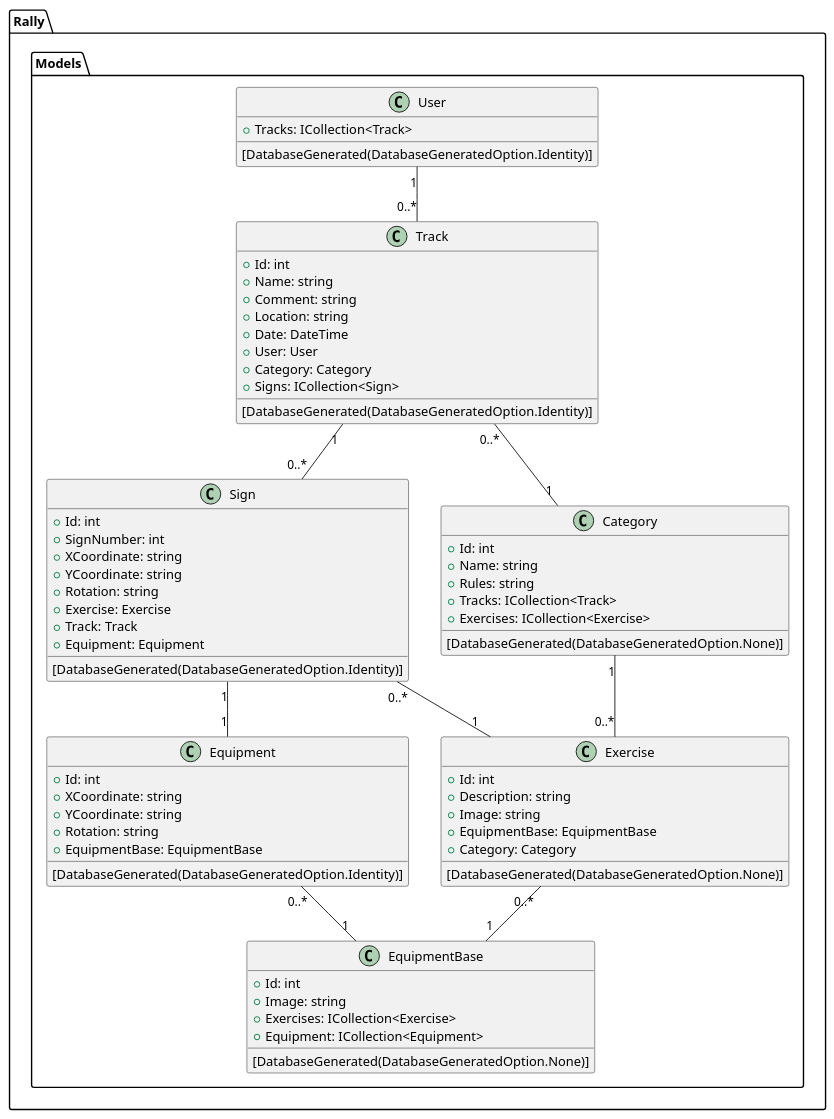
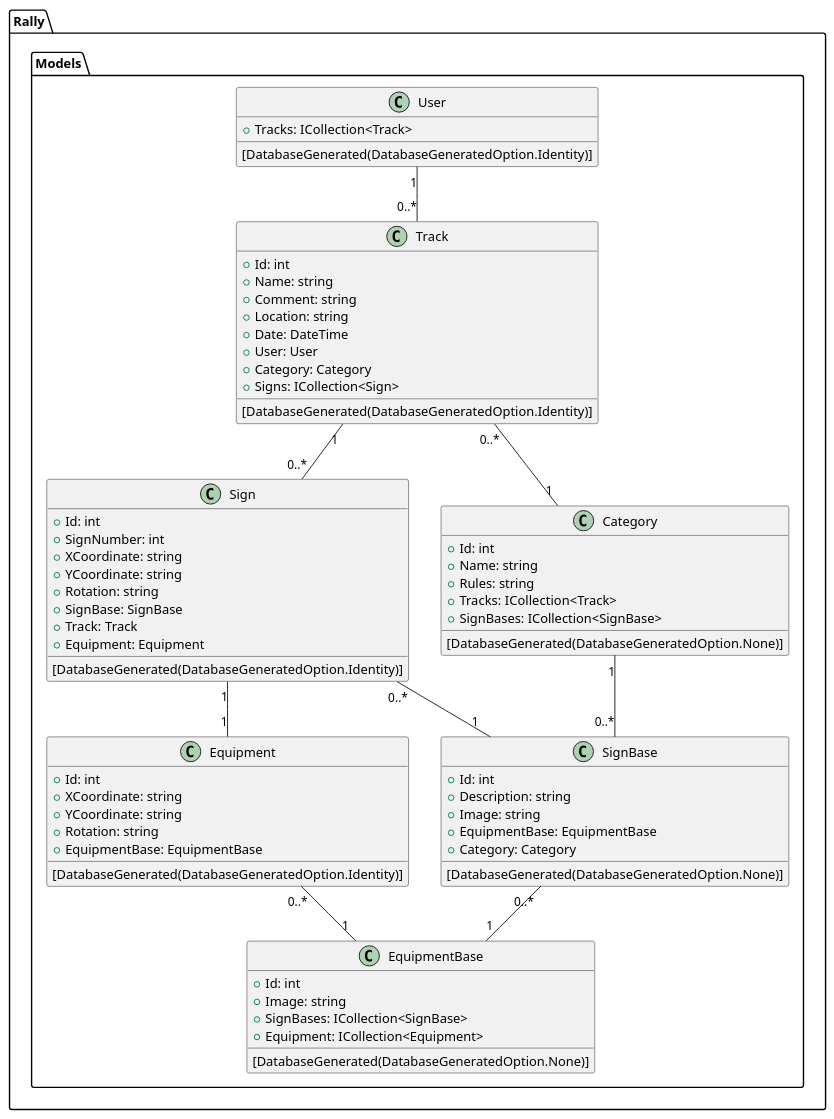
The diagram in Dodumentation/DSD_Models.wsd (DMOoF23-Team7-CAT/Project-Team7-Semester3), drawn with PlantUML before and after one commit. The commit also changed 32 other files, not shown here.

Commit message:
Refactor naming of Exercise to SignBase for consistency in naming convention

```diff
--- a/Dodumentation/DSD_Models.wsd
+++ b/Dodumentation/DSD_Models.wsd
@@ -3,81 +3,81 @@
 @startuml Design Class Diagram for models
 
 namespace Rally.Models {
     class User {
         + Tracks: ICollection<Track>
         [DatabaseGenerated(DatabaseGeneratedOption.Identity)]
     }
 
     class Track {
         + Id: int
         + Name: string
         + Comment: string
         + Location: string
         + Date: DateTime
         + User: User
         + Category: Category
         + Signs: ICollection<Sign>
         [DatabaseGenerated(DatabaseGeneratedOption.Identity)]
     }
 
     class Sign {
         + Id: int
         + SignNumber: int
         + XCoordinate: string
         + YCoordinate: string
         + Rotation: string
-        + Exercise: Exercise
+        + SignBase: SignBase
         + Track: Track
         + Equipment: Equipment
         [DatabaseGenerated(DatabaseGeneratedOption.Identity)]
     }
 
     class Equipment {
         + Id: int
         + XCoordinate: string
         + YCoordinate: string
         + Rotation: string
         + EquipmentBase: EquipmentBase
         [DatabaseGenerated(DatabaseGeneratedOption.Identity)]
     }
 
     class EquipmentBase {
         [DatabaseGenerated(DatabaseGeneratedOption.None)]
         + Id: int
         + Image: string
-        + Exercises: ICollection<Exercise>
+        + SignBases: ICollection<SignBase>
         + Equipment: ICollection<Equipment>
     }
 
-    class Exercise {
+    class SignBase {
     [DatabaseGenerated(DatabaseGeneratedOption.None)]
     + Id: int
     + Description: string
     + Image: string
     + EquipmentBase: EquipmentBase
     + Category: Category
     }
 
     class Category {
         [DatabaseGenerated(DatabaseGeneratedOption.None)]
         + Id: int
         + Name: string
         + Rules: string
         + Tracks: ICollection<Track>
-        + Exercises: ICollection<Exercise>
+        + SignBases: ICollection<SignBase>
     }
 
     User "1" -- "0..*" Track
     Track "0..*" -- "1" Category
     Track "1" -- "0..*" Sign
-    Sign "0..*" -- "1" Exercise
+    Sign "0..*" -- "1" SignBase
     Sign "1" -- "1" Equipment
     Equipment "0..*" -- "1" EquipmentBase
-    Exercise "0..*" -- "1" EquipmentBase
-    Category "1" -- "0..*" Exercise
+    SignBase "0..*" -- "1" EquipmentBase
+    Category "1" -- "0..*" SignBase
 
 }
 
 
 
 @enduml
```
